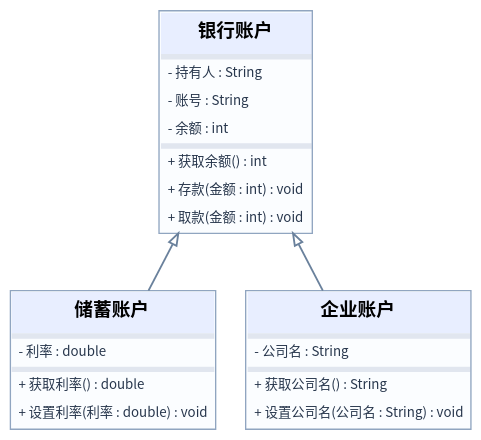
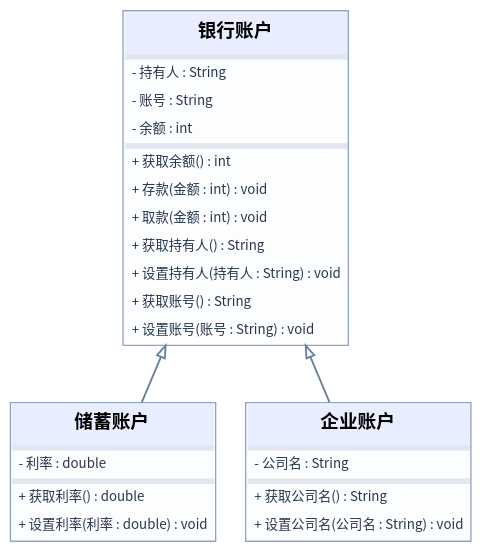
Before and after one commit to edetroll/java-oop: the diagram in content/chapters/06-oroklodes/media/complete-task-4-zh.dot, drawn with Graphviz. The commit also changed 26 other files, not shown here.

```diff
--- a/content/chapters/06-oroklodes/media/complete-task-4-zh.dot
+++ b/content/chapters/06-oroklodes/media/complete-task-4-zh.dot
@@ -1,10 +1,10 @@
 digraph UML {
 graph [rankdir=BT,bgcolor="transparent",pad="0.15",nodesep="0.3",ranksep="0.6",splines=polyline];
 node [shape=plain];
 edge [color="#6a819c",penwidth=1.4,arrowsize=0.9];
-"银行账户" [label=<<TABLE BORDER="1" CELLBORDER="0" CELLSPACING="0" COLOR="#90a5c0" BGCOLOR="#fbfdff"><TR><TD BGCOLOR="#e8eeff" CELLPADDING="8"><FONT FACE="Noto Sans CJK SC" POINT-SIZE="14"><B>银行账户</B></FONT></TD></TR><TR><TD BGCOLOR="#e1e6ef" HEIGHT="2"></TD></TR><TR><TD ALIGN="LEFT" CELLPADDING="5"><FONT FACE="Noto Sans CJK SC" POINT-SIZE="10" COLOR="#27364c">- 持有人 : String</FONT></TD></TR><TR><TD ALIGN="LEFT" CELLPADDING="5"><FONT FACE="Noto Sans CJK SC" POINT-SIZE="10" COLOR="#27364c">- 账号 : String</FONT></TD></TR><TR><TD ALIGN="LEFT" CELLPADDING="5"><FONT FACE="Noto Sans CJK SC" POINT-SIZE="10" COLOR="#27364c">- 余额 : int</FONT></TD></TR><TR><TD BGCOLOR="#e1e6ef" HEIGHT="2"></TD></TR><TR><TD ALIGN="LEFT" CELLPADDING="5"><FONT FACE="Noto Sans CJK SC" POINT-SIZE="10" COLOR="#27364c">+ 获取余额() : int</FONT></TD></TR><TR><TD ALIGN="LEFT" CELLPADDING="5"><FONT FACE="Noto Sans CJK SC" POINT-SIZE="10" COLOR="#27364c">+ 存款(金额 : int) : void</FONT></TD></TR><TR><TD ALIGN="LEFT" CELLPADDING="5"><FONT FACE="Noto Sans CJK SC" POINT-SIZE="10" COLOR="#27364c">+ 取款(金额 : int) : void</FONT></TD></TR></TABLE>>];
+"银行账户" [label=<<TABLE BORDER="1" CELLBORDER="0" CELLSPACING="0" COLOR="#90a5c0" BGCOLOR="#fbfdff"><TR><TD BGCOLOR="#e8eeff" CELLPADDING="8"><FONT FACE="Noto Sans CJK SC" POINT-SIZE="14"><B>银行账户</B></FONT></TD></TR><TR><TD BGCOLOR="#e1e6ef" HEIGHT="2"></TD></TR><TR><TD ALIGN="LEFT" CELLPADDING="5"><FONT FACE="Noto Sans CJK SC" POINT-SIZE="10" COLOR="#27364c">- 持有人 : String</FONT></TD></TR><TR><TD ALIGN="LEFT" CELLPADDING="5"><FONT FACE="Noto Sans CJK SC" POINT-SIZE="10" COLOR="#27364c">- 账号 : String</FONT></TD></TR><TR><TD ALIGN="LEFT" CELLPADDING="5"><FONT FACE="Noto Sans CJK SC" POINT-SIZE="10" COLOR="#27364c">- 余额 : int</FONT></TD></TR><TR><TD BGCOLOR="#e1e6ef" HEIGHT="2"></TD></TR><TR><TD ALIGN="LEFT" CELLPADDING="5"><FONT FACE="Noto Sans CJK SC" POINT-SIZE="10" COLOR="#27364c">+ 获取余额() : int</FONT></TD></TR><TR><TD ALIGN="LEFT" CELLPADDING="5"><FONT FACE="Noto Sans CJK SC" POINT-SIZE="10" COLOR="#27364c">+ 存款(金额 : int) : void</FONT></TD></TR><TR><TD ALIGN="LEFT" CELLPADDING="5"><FONT FACE="Noto Sans CJK SC" POINT-SIZE="10" COLOR="#27364c">+ 取款(金额 : int) : void</FONT></TD></TR><TR><TD ALIGN="LEFT" CELLPADDING="5"><FONT FACE="Noto Sans CJK SC" POINT-SIZE="10" COLOR="#27364c">+ 获取持有人() : String</FONT></TD></TR><TR><TD ALIGN="LEFT" CELLPADDING="5"><FONT FACE="Noto Sans CJK SC" POINT-SIZE="10" COLOR="#27364c">+ 设置持有人(持有人 : String) : void</FONT></TD></TR><TR><TD ALIGN="LEFT" CELLPADDING="5"><FONT FACE="Noto Sans CJK SC" POINT-SIZE="10" COLOR="#27364c">+ 获取账号() : String</FONT></TD></TR><TR><TD ALIGN="LEFT" CELLPADDING="5"><FONT FACE="Noto Sans CJK SC" POINT-SIZE="10" COLOR="#27364c">+ 设置账号(账号 : String) : void</FONT></TD></TR></TABLE>>];
 "储蓄账户" [label=<<TABLE BORDER="1" CELLBORDER="0" CELLSPACING="0" COLOR="#90a5c0" BGCOLOR="#fbfdff"><TR><TD BGCOLOR="#e8eeff" CELLPADDING="8"><FONT FACE="Noto Sans CJK SC" POINT-SIZE="14"><B>储蓄账户</B></FONT></TD></TR><TR><TD BGCOLOR="#e1e6ef" HEIGHT="2"></TD></TR><TR><TD ALIGN="LEFT" CELLPADDING="5"><FONT FACE="Noto Sans CJK SC" POINT-SIZE="10" COLOR="#27364c">- 利率 : double</FONT></TD></TR><TR><TD BGCOLOR="#e1e6ef" HEIGHT="2"></TD></TR><TR><TD ALIGN="LEFT" CELLPADDING="5"><FONT FACE="Noto Sans CJK SC" POINT-SIZE="10" COLOR="#27364c">+ 获取利率() : double</FONT></TD></TR><TR><TD ALIGN="LEFT" CELLPADDING="5"><FONT FACE="Noto Sans CJK SC" POINT-SIZE="10" COLOR="#27364c">+ 设置利率(利率 : double) : void</FONT></TD></TR></TABLE>>];
 "企业账户" [label=<<TABLE BORDER="1" CELLBORDER="0" CELLSPACING="0" COLOR="#90a5c0" BGCOLOR="#fbfdff"><TR><TD BGCOLOR="#e8eeff" CELLPADDING="8"><FONT FACE="Noto Sans CJK SC" POINT-SIZE="14"><B>企业账户</B></FONT></TD></TR><TR><TD BGCOLOR="#e1e6ef" HEIGHT="2"></TD></TR><TR><TD ALIGN="LEFT" CELLPADDING="5"><FONT FACE="Noto Sans CJK SC" POINT-SIZE="10" COLOR="#27364c">- 公司名 : String</FONT></TD></TR><TR><TD BGCOLOR="#e1e6ef" HEIGHT="2"></TD></TR><TR><TD ALIGN="LEFT" CELLPADDING="5"><FONT FACE="Noto Sans CJK SC" POINT-SIZE="10" COLOR="#27364c">+ 获取公司名() : String</FONT></TD></TR><TR><TD ALIGN="LEFT" CELLPADDING="5"><FONT FACE="Noto Sans CJK SC" POINT-SIZE="10" COLOR="#27364c">+ 设置公司名(公司名 : String) : void</FONT></TD></TR></TABLE>>];
 "储蓄账户" -> "银行账户" [arrowhead=empty];
 "企业账户" -> "银行账户" [arrowhead=empty];
 }
```
